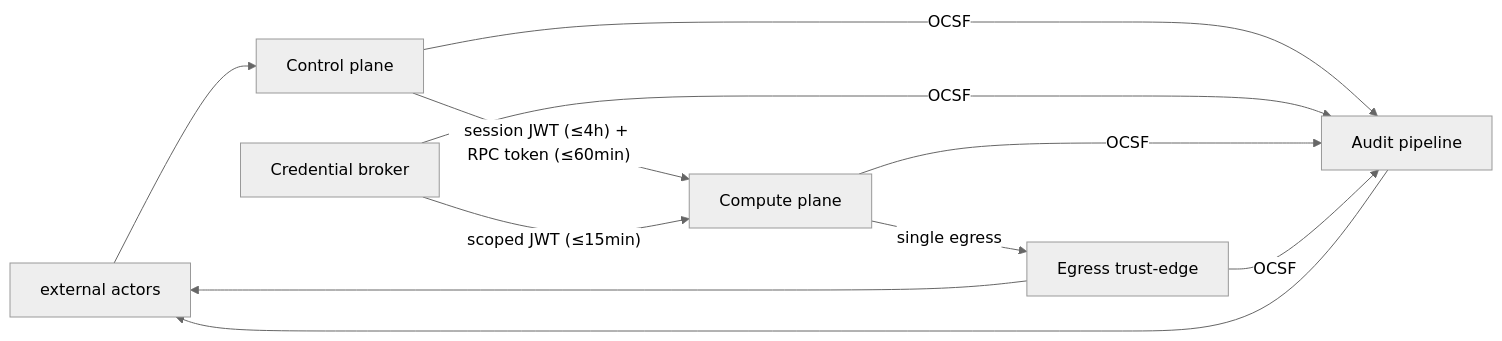
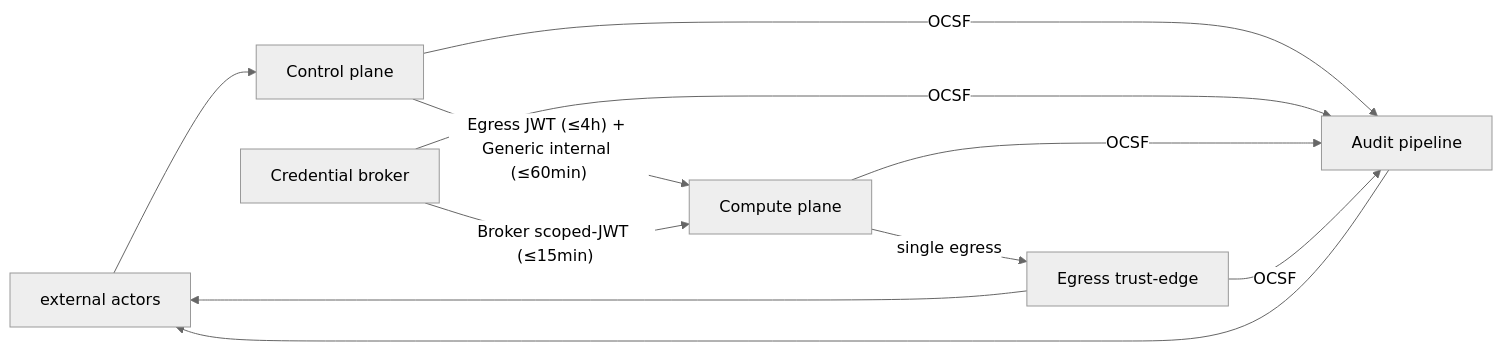
Before and after one commit to Wide-Moat/open-computer-use: the diagram in docs/architecture/02-trust-boundaries.md, drawn with Mermaid (neutral theme). The commit also changed other lines of this file and 1 other file, not shown here.

First line of the commit message:
docs(architecture): Layer 3 v3 — close 5 contradictions before proposed

````diff
--- a/docs/architecture/02-trust-boundaries.md
+++ b/docs/architecture/02-trust-boundaries.md
@@ -66,16 +68,16 @@
 ```mermaid
 flowchart LR
     EXT[external actors]
     CP[Control plane]
     BR[Credential broker]
     VM[Compute plane]
     EDGE[Egress trust-edge]
     AUDIT[Audit pipeline]
     EXT --> CP
-    CP -- "session JWT (≤4h) + RPC token (≤60min)" --> VM
-    BR -- "scoped JWT (≤15min)" --> VM
+    CP -- "Egress JWT (≤4h) + Generic internal (≤60min)" --> VM
+    BR -- "Broker scoped-JWT (≤15min)" --> VM
     VM -- "single egress" --> EDGE
     EDGE --> EXT
     CP & BR & VM & EDGE -- "OCSF" --> AUDIT
     AUDIT --> EXT
 ```
````
